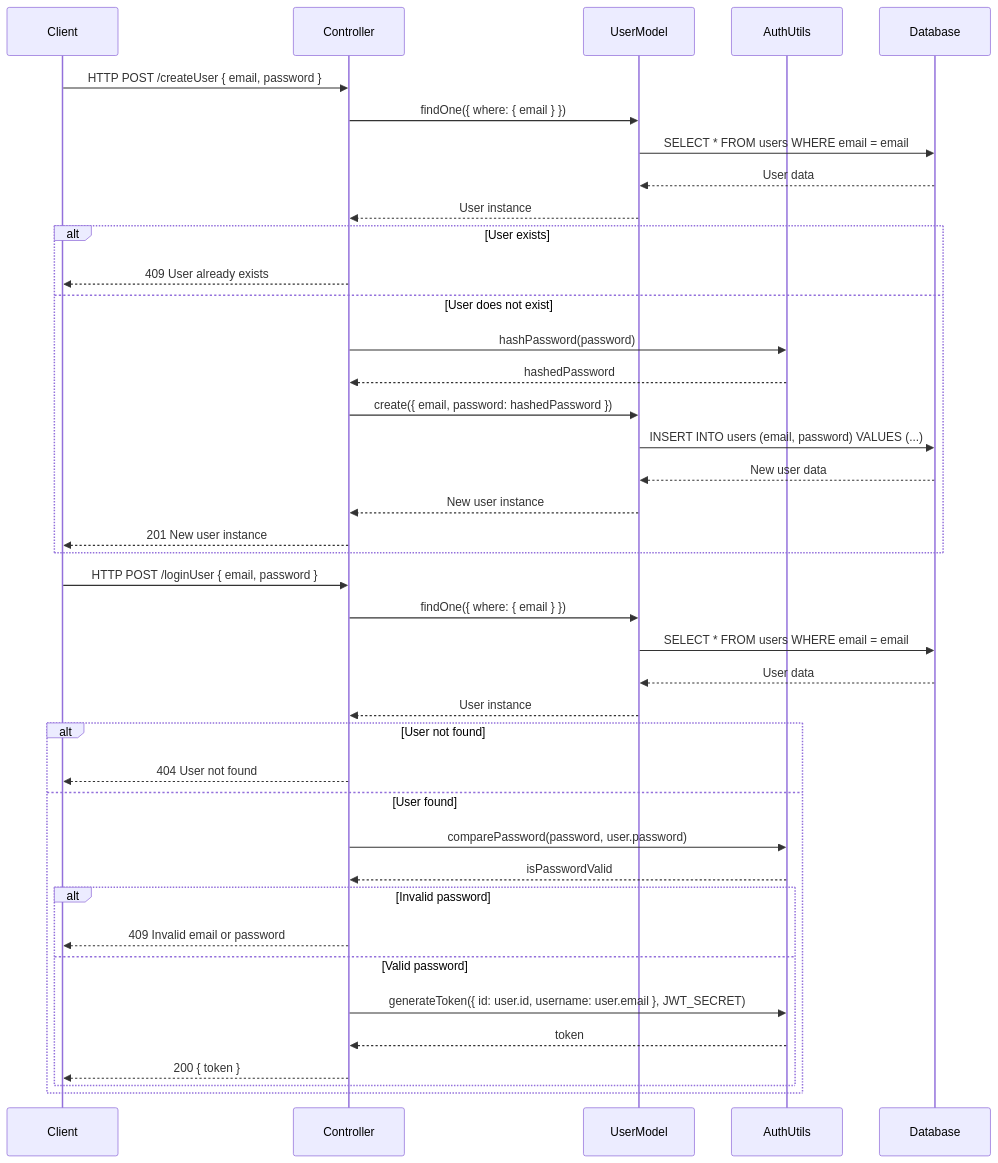
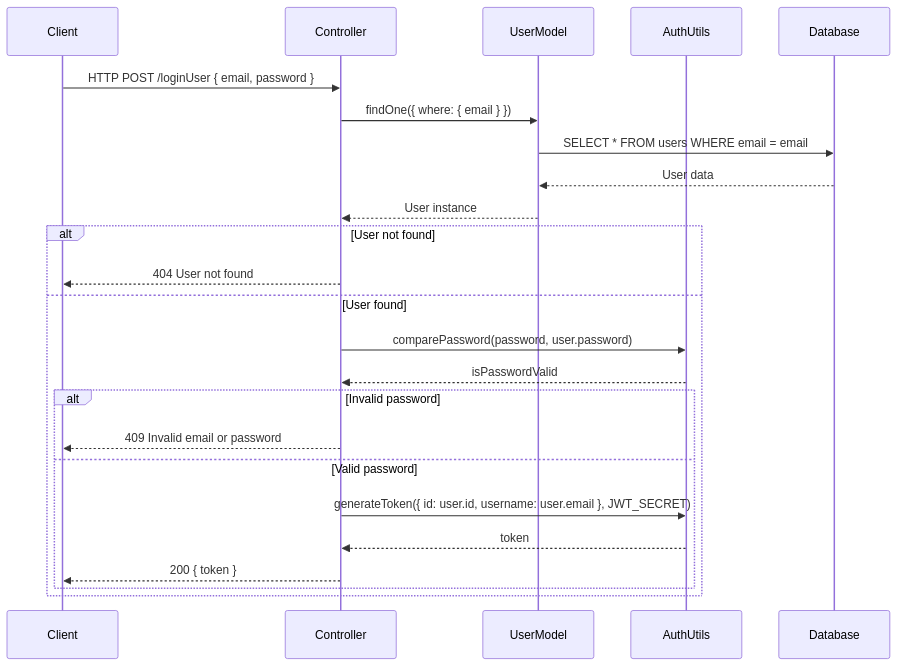
One commit to JohnsonJay/pos changed the second of 2 diagrams in src/modules/user/README.md. Above: the diagram before and after it, drawn with Mermaid. The commit also changed 9 other files, not shown here.

````diff
--- a/src/modules/user/README.md
+++ b/src/modules/user/README.md
@@ -3,45 +30,27 @@
 ```mermaid
 sequenceDiagram
     participant Client
     participant Controller
     participant UserModel
     participant AuthUtils
     participant Database
-
-    Client->>Controller: HTTP POST /createUser { email, password }
-    Controller->>UserModel: findOne({ where: { email } })
-    UserModel->>Database: SELECT * FROM users WHERE email = email
-    Database-->>UserModel: User data
-    UserModel-->>Controller: User instance
-    alt User exists
-        Controller-->>Client: 409 User already exists
-    else User does not exist
-        Controller->>AuthUtils: hashPassword(password)
-        AuthUtils-->>Controller: hashedPassword
-        Controller->>UserModel: create({ email, password: hashedPassword })
-        UserModel->>Database: INSERT INTO users (email, password) VALUES (...)
-        Database-->>UserModel: New user data
-        UserModel-->>Controller: New user instance
-        Controller-->>Client: 201 New user instance
-    end
-
     Client->>Controller: HTTP POST /loginUser { email, password }
     Controller->>UserModel: findOne({ where: { email } })
     UserModel->>Database: SELECT * FROM users WHERE email = email
     Database-->>UserModel: User data
     UserModel-->>Controller: User instance
     alt User not found
         Controller-->>Client: 404 User not found
     else User found
         Controller->>AuthUtils: comparePassword(password, user.password)
         AuthUtils-->>Controller: isPasswordValid
         alt Invalid password
             Controller-->>Client: 409 Invalid email or password
         else Valid password
             Controller->>AuthUtils: generateToken({ id: user.id, username: user.email }, JWT_SECRET)
             AuthUtils-->>Controller: token
             Controller-->>Client: 200 { token }
         end
     end
 
 ```
````
